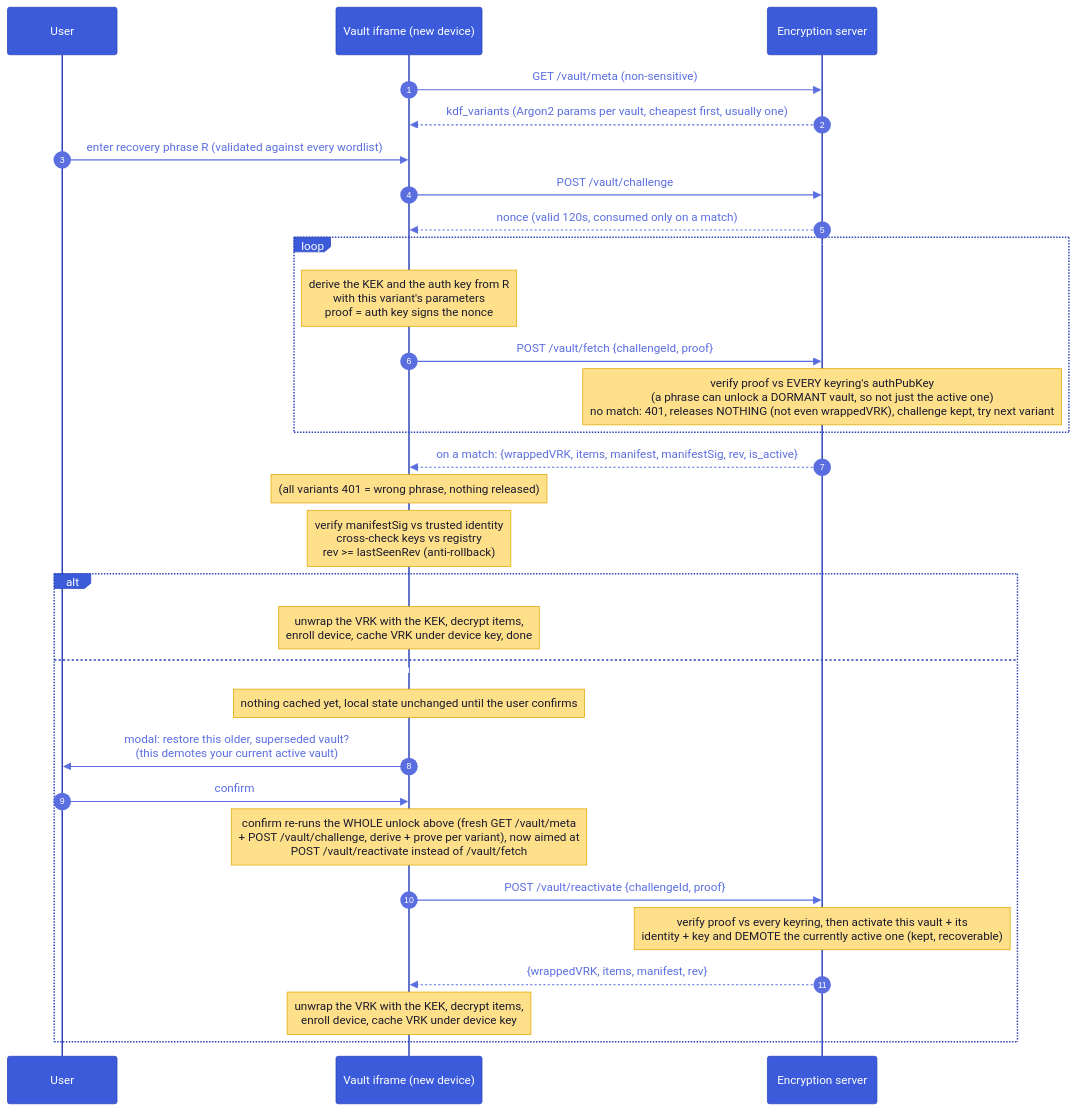
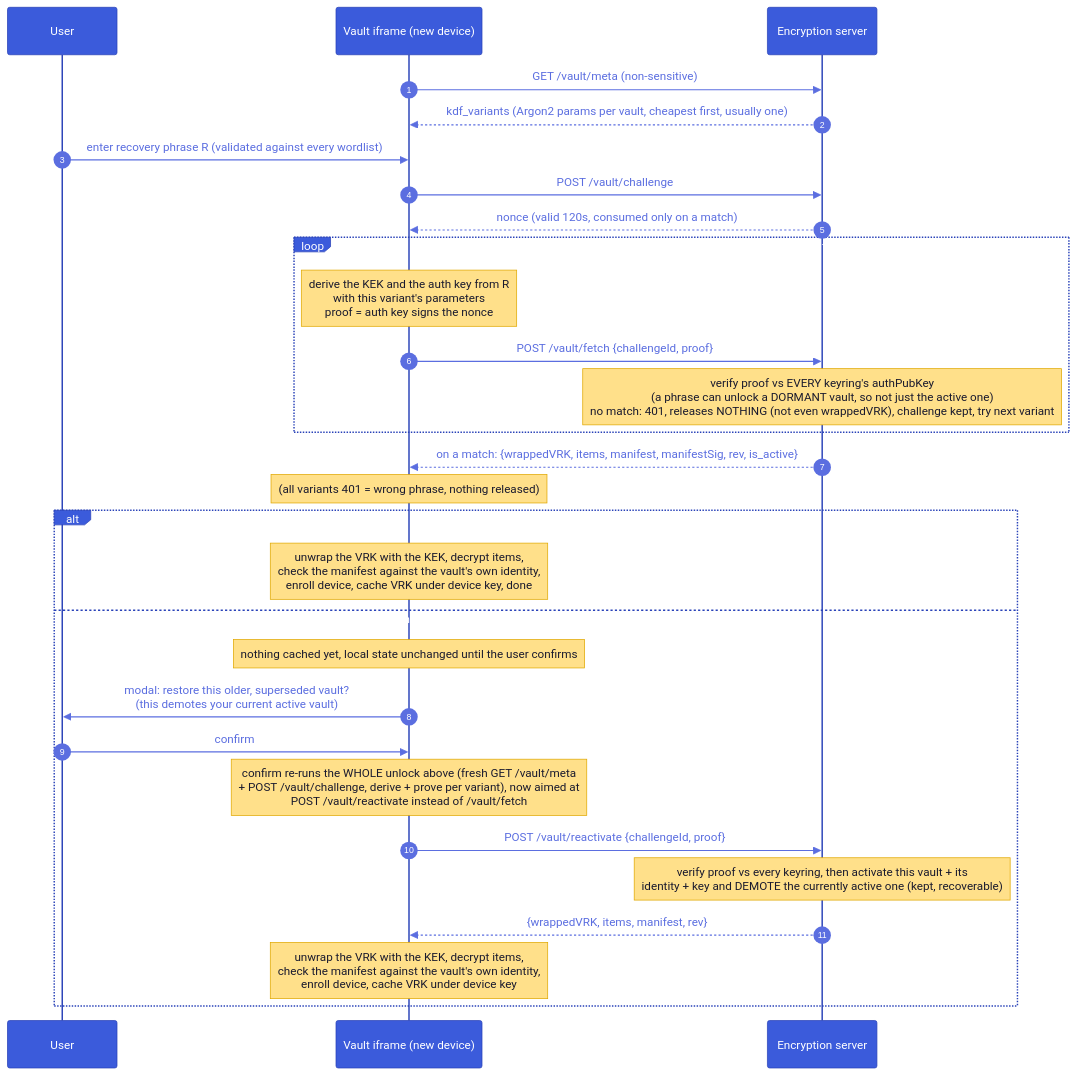
Diagram 11 of 23 in architecture.md (suitenumerique/encryption), drawn with Mermaid before and after one commit. The commit also changed other lines of this file and 12 other files, not shown here.

````diff
--- a/architecture.md
+++ b/architecture.md
@@ -936,33 +973,32 @@
 ```mermaid
-%%{init: {'theme':'base','themeVariables':{'actorBkg':'#3b5bdb','actorTextColor':'#fff','actorBorder':'#2942b8','signalColor':'#5b6ee0','signalTextColor':'#5b6ee0','noteBkgColor':'#ffe08a','noteTextColor':'#1a1a2e','noteBorderColor':'#e0a800','sequenceNumberColor':'#fff'}}}%%
+%%{init: {'theme':'base','look':'classic','themeVariables':{'actorBkg':'#3b5bdb','actorTextColor':'#fff','actorBorder':'#2942b8','signalColor':'#5b6ee0','signalTextColor':'#5b6ee0','noteBkgColor':'#ffe08a','noteTextColor':'#1a1a2e','noteBorderColor':'#e0a800','sequenceNumberColor':'#fff'}}}%%
 sequenceDiagram
   autonumber
   participant U as User
   participant V as Vault iframe (new device)
   participant API as Encryption server
   V->>API: GET /vault/meta (non-sensitive)
   API-->>V: kdf_variants (Argon2 params per vault, cheapest first, usually one)
   U->>V: enter recovery phrase R (validated against every wordlist)
   V->>API: POST /vault/challenge
   API-->>V: nonce (valid 120s, consumed only on a match)
   loop each KDF variant until the proof verifies (usually the first)
     Note over V: derive the KEK and the auth key from R<br/>with this variant's parameters<br/>proof = auth key signs the nonce
     V->>API: POST /vault/fetch {challengeId, proof}
     Note over API: verify proof vs EVERY keyring's authPubKey<br/>(a phrase can unlock a DORMANT vault, so not just the active one)<br/>no match: 401, releases NOTHING (not even wrappedVRK), challenge kept, try next variant
   end
   API-->>V: on a match: {wrappedVRK, items, manifest, manifestSig, rev, is_active}
   Note over V: (all variants 401 = wrong phrase, nothing released)
-  Note over V: verify manifestSig vs trusted identity<br/>cross-check keys vs registry<br/>rev >= lastSeenRev (anti-rollback)
   alt is_active: the phrase unlocked the CURRENT vault
-    Note over V: unwrap the VRK with the KEK, decrypt items,<br/>enroll device, cache VRK under device key, done
+    Note over V: unwrap the VRK with the KEK, decrypt items,<br/>check the manifest against the vault's own identity,<br/>enroll device, cache VRK under device key, done
   else the phrase unlocked a DORMANT (superseded) vault
     Note over V: nothing cached yet, local state unchanged until the user confirms
     V->>U: modal: restore this older, superseded vault?<br/>(this demotes your current active vault)
     U->>V: confirm
     Note over V: confirm re-runs the WHOLE unlock above (fresh GET /vault/meta<br/>+ POST /vault/challenge, derive + prove per variant), now aimed at<br/>POST /vault/reactivate instead of /vault/fetch
     V->>API: POST /vault/reactivate {challengeId, proof}
     Note over API: verify proof vs every keyring, then activate this vault + its<br/>identity + key and DEMOTE the currently active one (kept, recoverable)
     API-->>V: {wrappedVRK, items, manifest, rev}
-    Note over V: unwrap the VRK with the KEK, decrypt items,<br/>enroll device, cache VRK under device key
+    Note over V: unwrap the VRK with the KEK, decrypt items,<br/>check the manifest against the vault's own identity,<br/>enroll device, cache VRK under device key
   end
 ```
````
